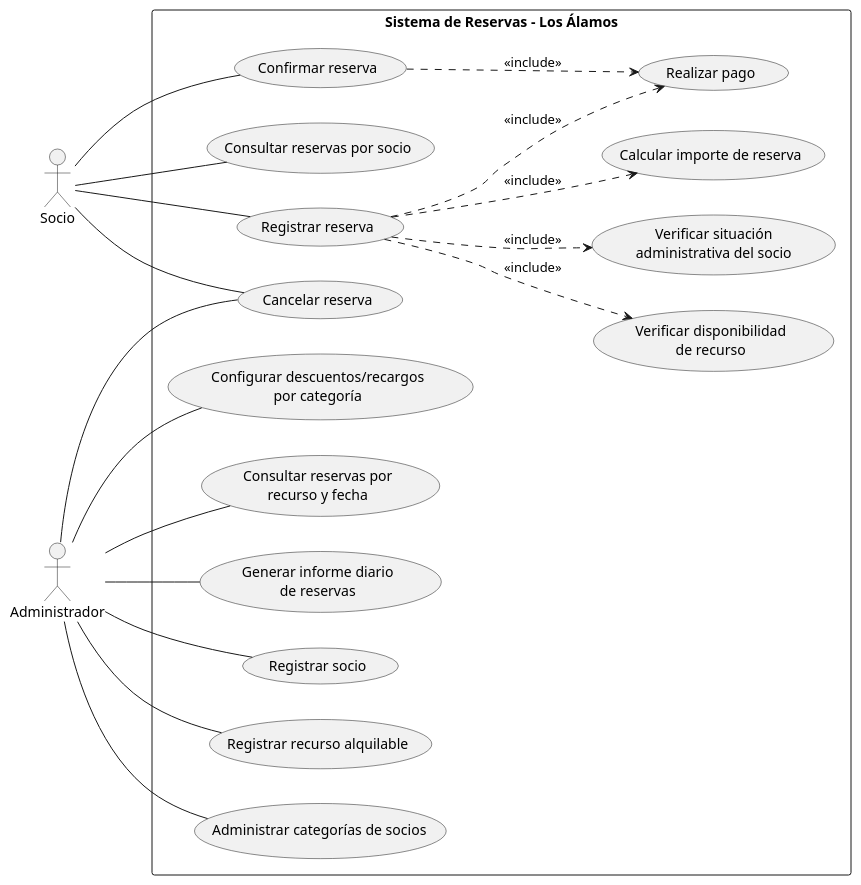
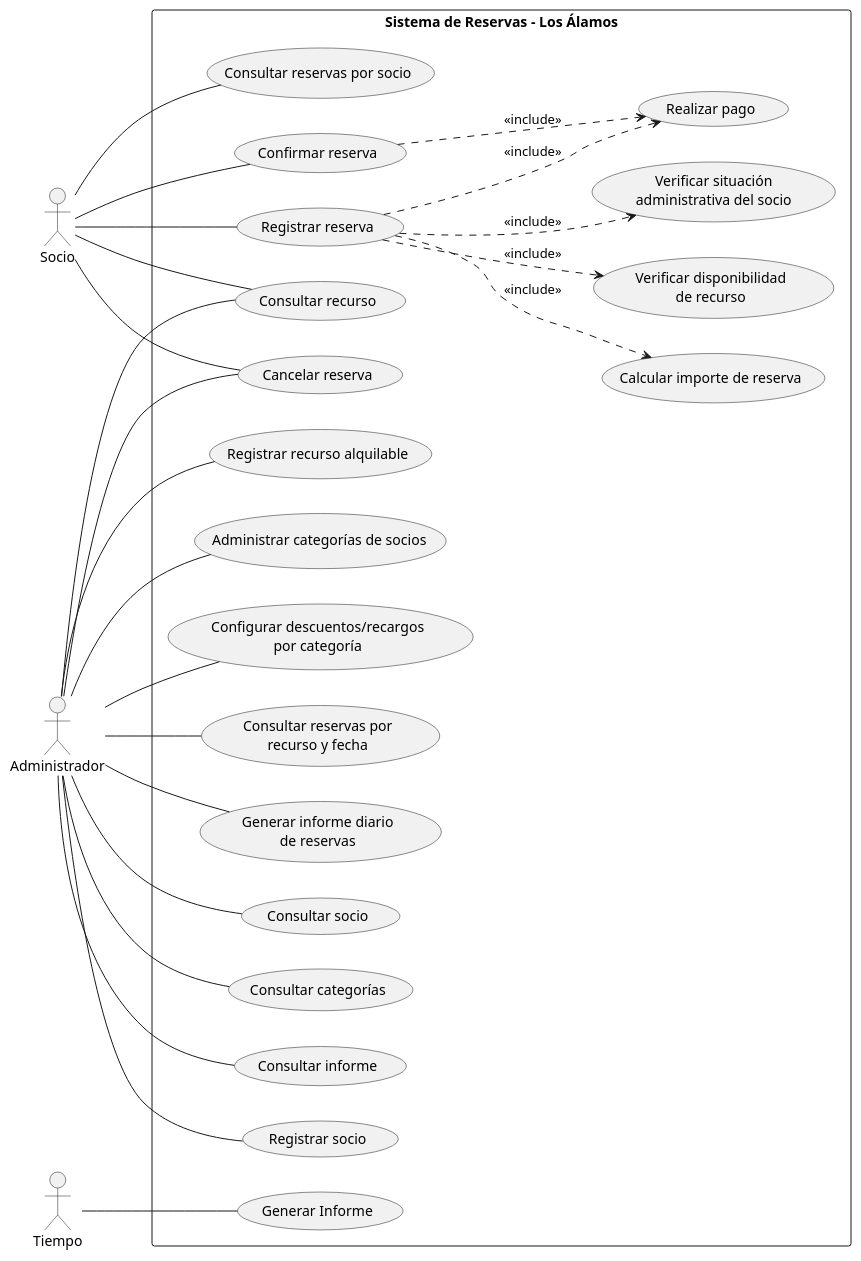
One commit to h3l333/proyecto-los-alamos changed the diagram in docs/casos-de-uso/diagrama-casos-uso.puml. Above: the diagram before and after it, drawn with PlantUML. The commit also changed 1 other file, not shown here.

Commit message:
Corrige diagrama de CU

```diff
--- a/docs/casos-de-uso/diagrama-casos-uso.puml
+++ b/docs/casos-de-uso/diagrama-casos-uso.puml
@@ -1,49 +1,62 @@
 @startuml diagrama-casos-uso-los-alamos
 
 left to right direction
 skinparam packageStyle rectangle
 
 actor Socio
 actor Administrador as Admin
+actor Tiempo
 
 rectangle "Sistema de Reservas - Los Álamos" {
     usecase "Registrar socio" as CU1
     usecase "Registrar recurso alquilable" as CU2
     usecase "Administrar categorías de socios" as CU3
     usecase "Configurar descuentos/recargos\npor categoría" as CU4
     usecase "Registrar reserva" as CU5
     usecase "Verificar disponibilidad\nde recurso" as CU5a
     usecase "Verificar situación\nadministrativa del socio" as CU5b
     usecase "Calcular importe de reserva" as CU5c
     usecase "Realizar pago" as CU5d
     usecase "Confirmar reserva" as CU6
     usecase "Cancelar reserva" as CU7
     usecase "Consultar reservas por socio" as CU8
     usecase "Consultar reservas por\nrecurso y fecha" as CU9
     usecase "Generar informe diario\nde reservas" as CU10
+    usecase "Consultar socio" as CU11
+    usecase "Consultar categorías" as CU12
+    usecase "Consultar recurso" as CU13
+    usecase "Consultar informe" as CU14
+    usecase "Generar Informe" as CU15
 }
 
 ' Alias como "Admin", "CU1" y "CU5a" sirven de identificadores internos
 ' dentro del código para posteriormente escribir las relaciones sin repetir
 ' los nombres completos de los CU.
 
 Socio -- CU5
 Socio -- CU6
 Socio -- CU7
 Socio -- CU8
+Socio -- CU13
 
 Admin -- CU1
 Admin -- CU2
 Admin -- CU3
 Admin -- CU4
 Admin -- CU7
 Admin -- CU9
 Admin -- CU10
+Admin -- CU11
+Admin -- CU12
+Admin -- CU13
+Admin -- CU14
+
+Tiempo -- CU15
 
 CU5 ..> CU5a : <<include>>
 CU5 ..> CU5b : <<include>>
 CU5 ..> CU5c : <<include>>
 CU5 ..> CU5d : <<include>>
 CU6 ..> CU5d : <<include>>
 
 @enduml
```
